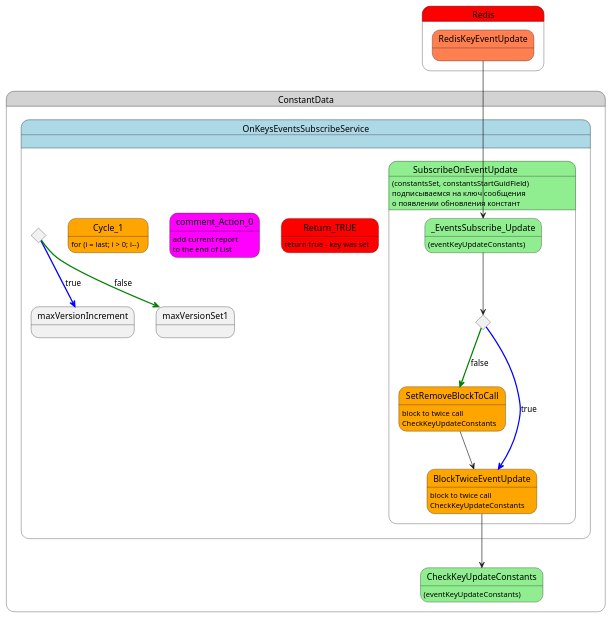
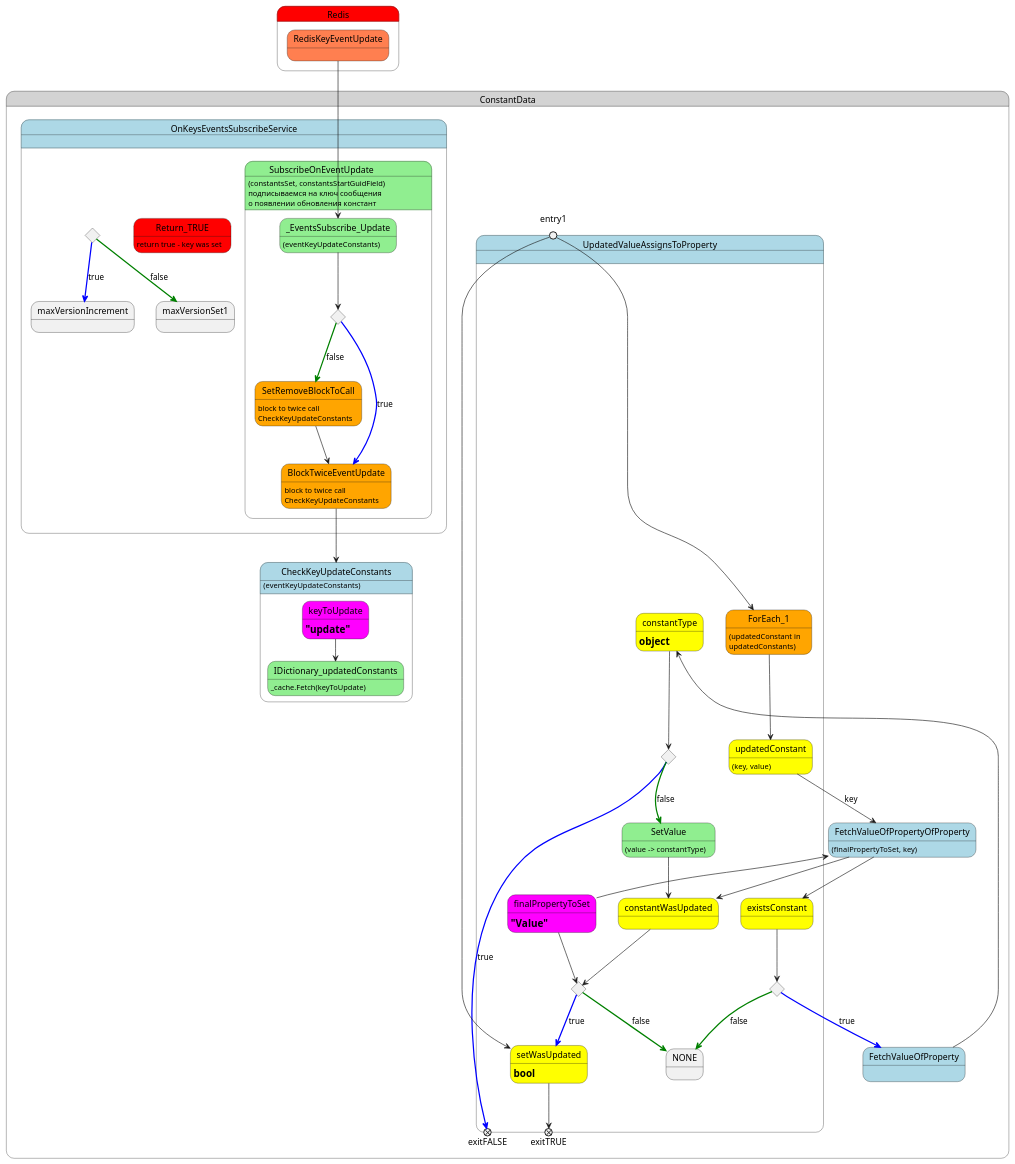
Before and after one commit to YUGCHR/InterlacingTwoTexts: the diagram in ConstantData/ConstantData_OnKeysEventsSubscribeService_v-010.puml, drawn with PlantUML. The commit also changed 9 other files, not shown here.

Commit message:
constantsSetUpdated is created

```diff
--- a/ConstantData/ConstantData_OnKeysEventsSubscribeService_v-010.puml
+++ b/ConstantData/ConstantData_OnKeysEventsSubscribeService_v-010.puml
@@ -1,60 +1,137 @@
 @startuml
 state Redis #red {
     state RedisKeyEventUpdate #coral
 }
 
 state ConstantData #lightgray {
 
-    state CheckKeyUpdateConstants #lightgreen
+    state CheckKeyUpdateConstants #lightblue{
+        state keyToUpdate #magenta
+        keyToUpdate : = "update"
+        state IDictionary_updatedConstants #lightgreen
+        IDictionary_updatedConstants : _cache.Fetch(keyToUpdate)
+
+    }
     CheckKeyUpdateConstants : (eventKeyUpdateConstants)
+
+    keyToUpdate --> IDictionary_updatedConstants
+
+    state FetchValueOfPropertyOfProperty #lightblue
+    FetchValueOfPropertyOfProperty : (finalPropertyToSet, key)
+
+    state FetchValueOfProperty #lightblue
+    FetchValueOfProperty :
+
+
+    state UpdatedValueAssignsToProperty #lightblue{
+        state entry1 <<entryPoint>>
+  state exitTRUE <<exitPoint>>
+  state exitFALSE <<exitPoint>>
+
+        state setWasUpdated #yellow
+        setWasUpdated : = bool
+
+        state constantType #yellow
+        constantType : = object
+
+        state finalPropertyToSet #magenta
+        finalPropertyToSet : = "Value"
+
+        state ForEach_1 #orange
+        ForEach_1 : (updatedConstant in \nupdatedConstants)
+
+        state updatedConstant #yellow
+        updatedConstant : (key, value)
+
+        state constantWasUpdated #yellow
+        
+        state existsConstant #yellow
+
+state SetValue #lightgreen
+SetValue : (value -> constantType)
+
+        state constantWasUpdatedEQvalue  <<choice>>
+        constantWasUpdatedEQvalue -[#blue,bold]-> setWasUpdated : true
+        constantWasUpdatedEQvalue -[#green,bold]-> NONE : false
+
+
+
+        state existsConstantNEQvalue  <<choice>>
+        existsConstantNEQvalue -[#blue,bold]-> FetchValueOfProperty : true
+        existsConstantNEQvalue -[#green,bold]-> NONE : false
+
+        state constantTypeIsnull  <<choice>>
+        constantTypeIsnull -[#blue,bold]-> exitFALSE : true
+        constantTypeIsnull -[#green,bold]-> SetValue : false
+
+SetValue --> constantWasUpdated
+constantType --> constantTypeIsnull
+
+        existsConstant --> existsConstantNEQvalue
+        constantWasUpdated --> constantWasUpdatedEQvalue
+        finalPropertyToSet --> constantWasUpdatedEQvalue
+        entry1 -down-> setWasUpdated
+        entry1 -down-> ForEach_1
+        ForEach_1 --> updatedConstant
+setWasUpdated -down-> exitTRUE
+    }
+
+    UpdatedValueAssignsToProperty :
+
+    finalPropertyToSet --> FetchValueOfPropertyOfProperty
+    updatedConstant --> FetchValueOfPropertyOfProperty : key
+    
+FetchValueOfPropertyOfProperty --> constantWasUpdated
+FetchValueOfPropertyOfProperty --> existsConstant
+
+FetchValueOfProperty --> constantType
+
+
 
     state OnKeysEventsSubscribeService #lightblue{
 
         state SubscribeOnEventUpdate #lightgreen{
             state _EventsSubscribe_Update #lightgreen
             _EventsSubscribe_Update : (eventKeyUpdateConstants)
 
             state SetRemoveBlockToCall #orange
             SetRemoveBlockToCall : block to twice call \nCheckKeyUpdateConstants
             state BlockTwiceEventUpdate #orange
             BlockTwiceEventUpdate : block to twice call \nCheckKeyUpdateConstants
             state _flagToBlockEventUpdate <<choice>>
             _flagToBlockEventUpdate -[#blue,bold]-> BlockTwiceEventUpdate : true
             _flagToBlockEventUpdate -[#green,bold]-> SetRemoveBlockToCall : false
 
         }
         SubscribeOnEventUpdate : (constantsSet, constantsStartGuidField) \nподписываемся на ключ сообщения \nо появлении обновления констант
         _EventsSubscribe_Update --> _flagToBlockEventUpdate
         SetRemoveBlockToCall --> BlockTwiceEventUpdate
         BlockTwiceEventUpdate --> CheckKeyUpdateConstants
 
 
 
 
 
         state Return_TRUE #Red
         Return_TRUE : return true - key was set
 
-        state comment_Action_0 #magenta
-        comment_Action_0 : add current report \nto the end of List
 
 
 
-        state Cycle_1 #orange
-        Cycle_1 : for (i = last; i > 0; i--)
+
 
 
         state isRefExisted <<choice>>
         isRefExisted -[#blue,bold]-> maxVersionIncrement : true
         isRefExisted -[#green,bold]-> maxVersionSet1 : false
     }
     OnKeysEventsSubscribeService :
 
-RedisKeyEventUpdate --> _EventsSubscribe_Update
+    RedisKeyEventUpdate --> _EventsSubscribe_Update
 
 
 
 
 }
 
 @enduml
```
